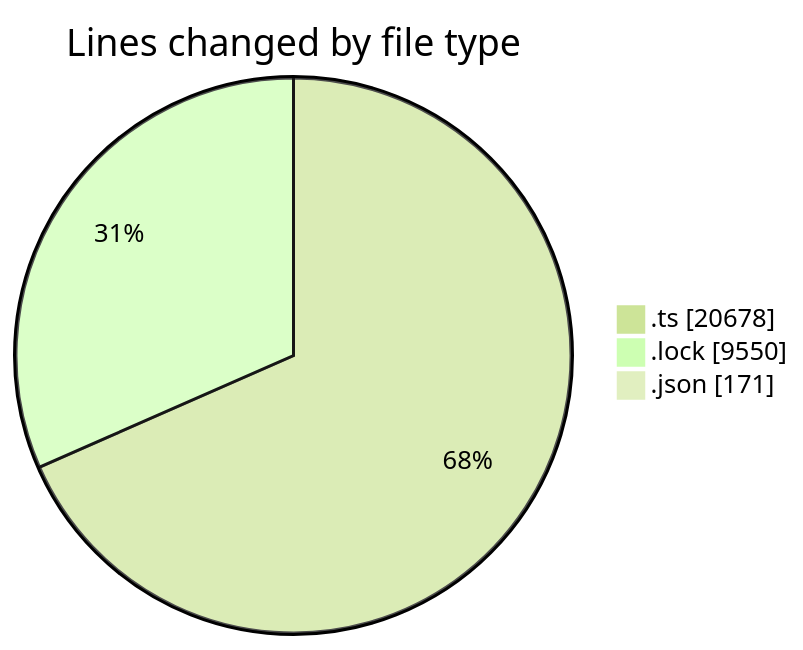
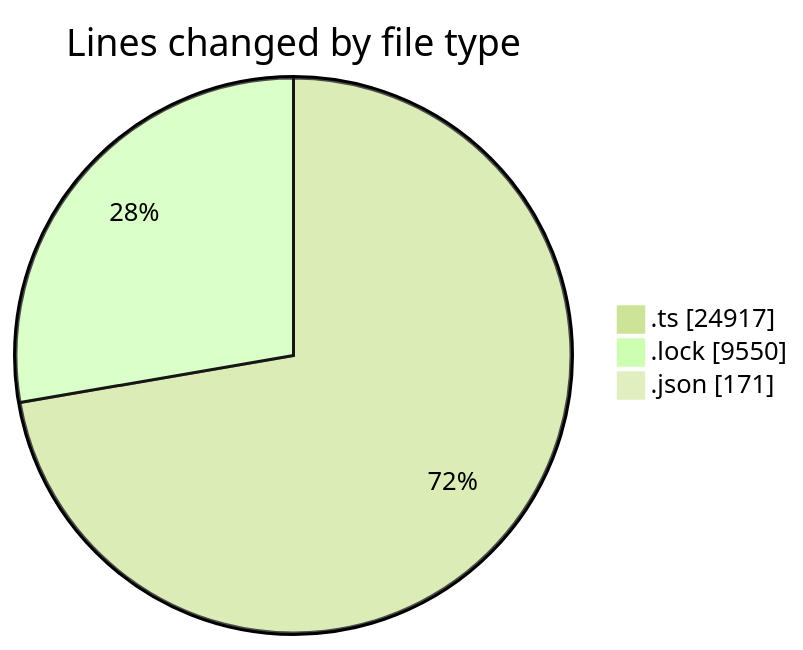
One commit to momahboobian/code-tracking changed the first of 2 diagrams in 2025-10-30/cda/README.md. Above: the diagram before and after it, drawn with Mermaid (forest theme). The commit also changed other lines of this file and 1 other file, not shown here.

````diff
--- a/2025-10-30/cda/README.md
+++ b/2025-10-30/cda/README.md
@@ -29,7 +29,7 @@
 ```mermaid
 pie showData
 title Lines changed by file type
-".ts" : 20678
+".ts" : 24917
 ".lock" : 9550
 ".json" : 171
 ```
````
